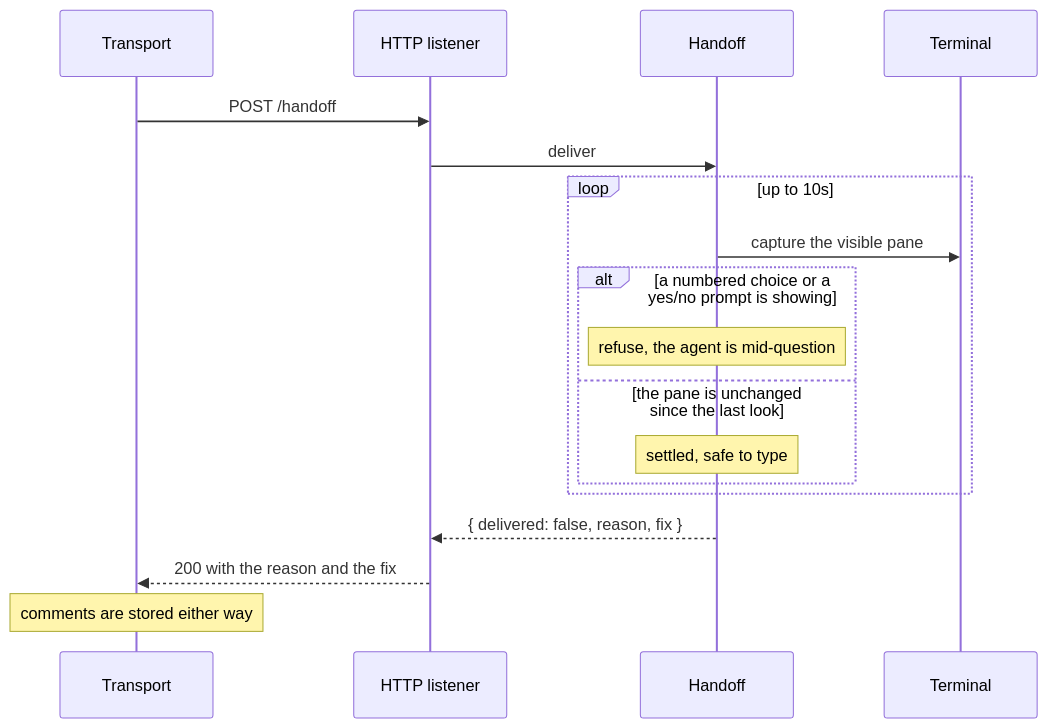
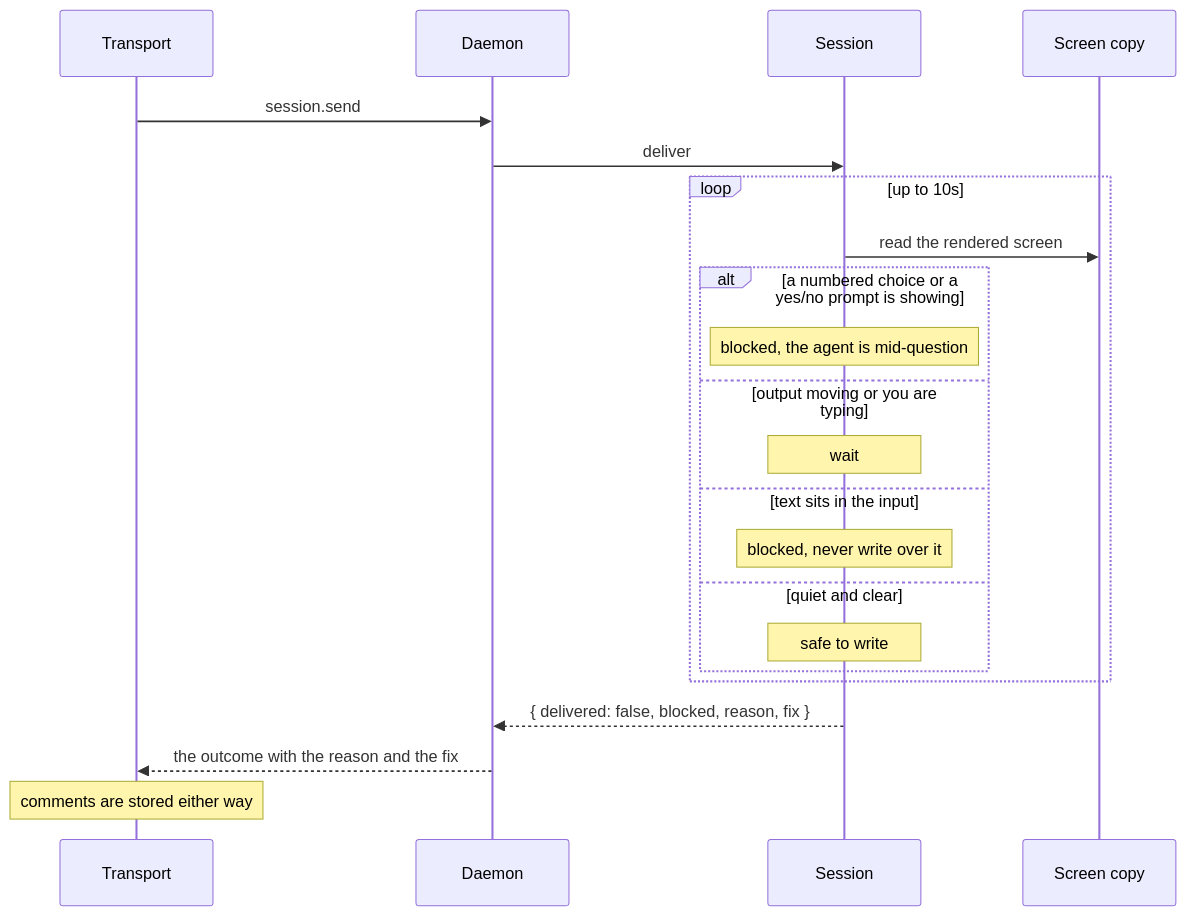
The third of 4 diagrams in docs/flows.md (pallandir/northstar), drawn with Mermaid before and after one commit. The commit also changed other lines of this file and 149 other files, not shown here.

````diff
--- a/docs/flows.md
+++ b/docs/flows.md
@@ -81,21 +89,25 @@
 ```mermaid
 sequenceDiagram
     participant X as Transport
-    participant H as HTTP listener
-    participant K as Handoff
-    participant P as Terminal
+    participant D as Daemon
+    participant W as Session
+    participant P as Screen copy
 
-    X->>H: POST /handoff
-    H->>K: deliver
+    X->>D: session.send
+    D->>W: deliver
     loop up to 10s
-        K->>P: capture the visible pane
+        W->>P: read the rendered screen
         alt a numbered choice or a yes/no prompt is showing
-            Note over K: refuse, the agent is mid-question
-        else the pane is unchanged since the last look
-            Note over K: settled, safe to type
+            Note over W: blocked, the agent is mid-question
+        else output moving or you are typing
+            Note over W: wait
+        else text sits in the input
+            Note over W: blocked, never write over it
+        else quiet and clear
+            Note over W: safe to write
         end
     end
-    K-->>H: { delivered: false, reason, fix }
-    H-->>X: 200 with the reason and the fix
+    W-->>D: { delivered: false, blocked, reason, fix }
+    D-->>X: the outcome with the reason and the fix
     Note over X: comments are stored either way
 ```
````
